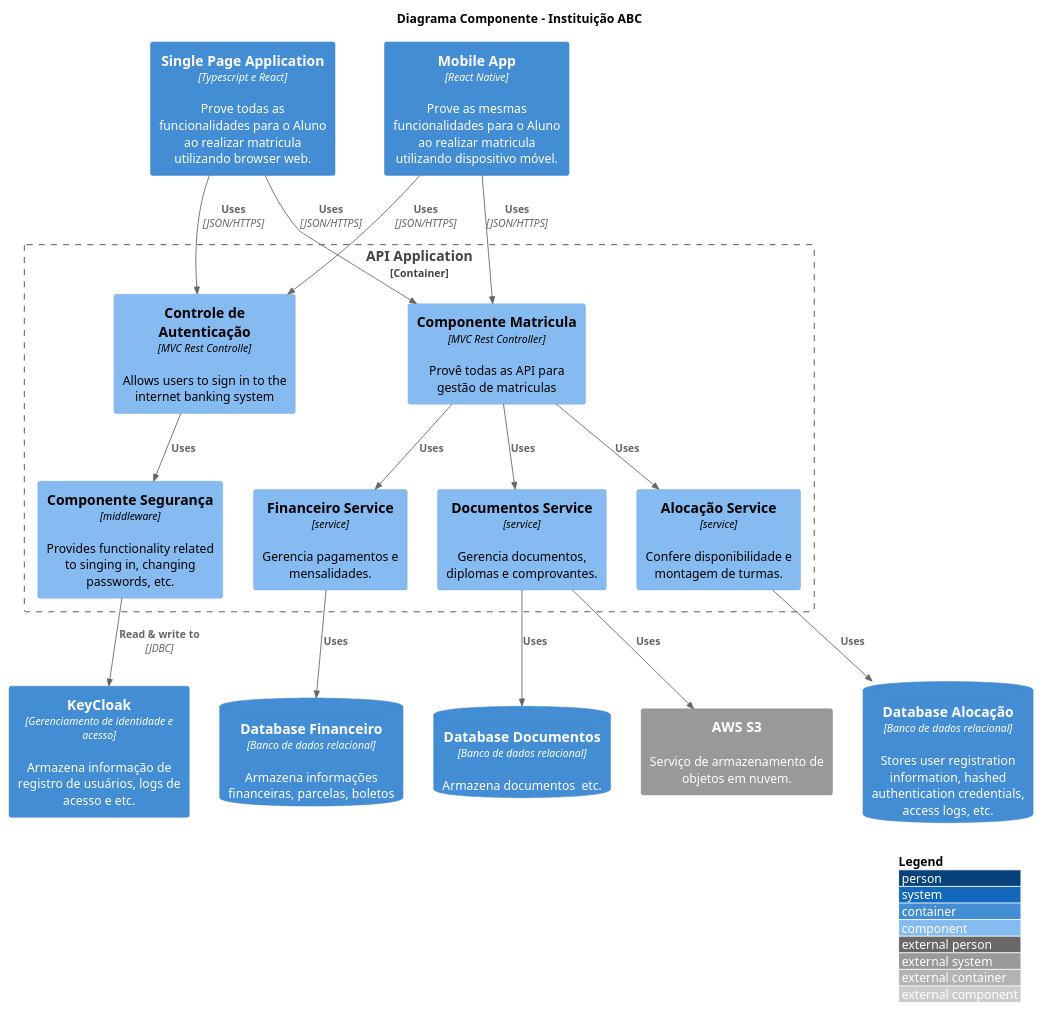
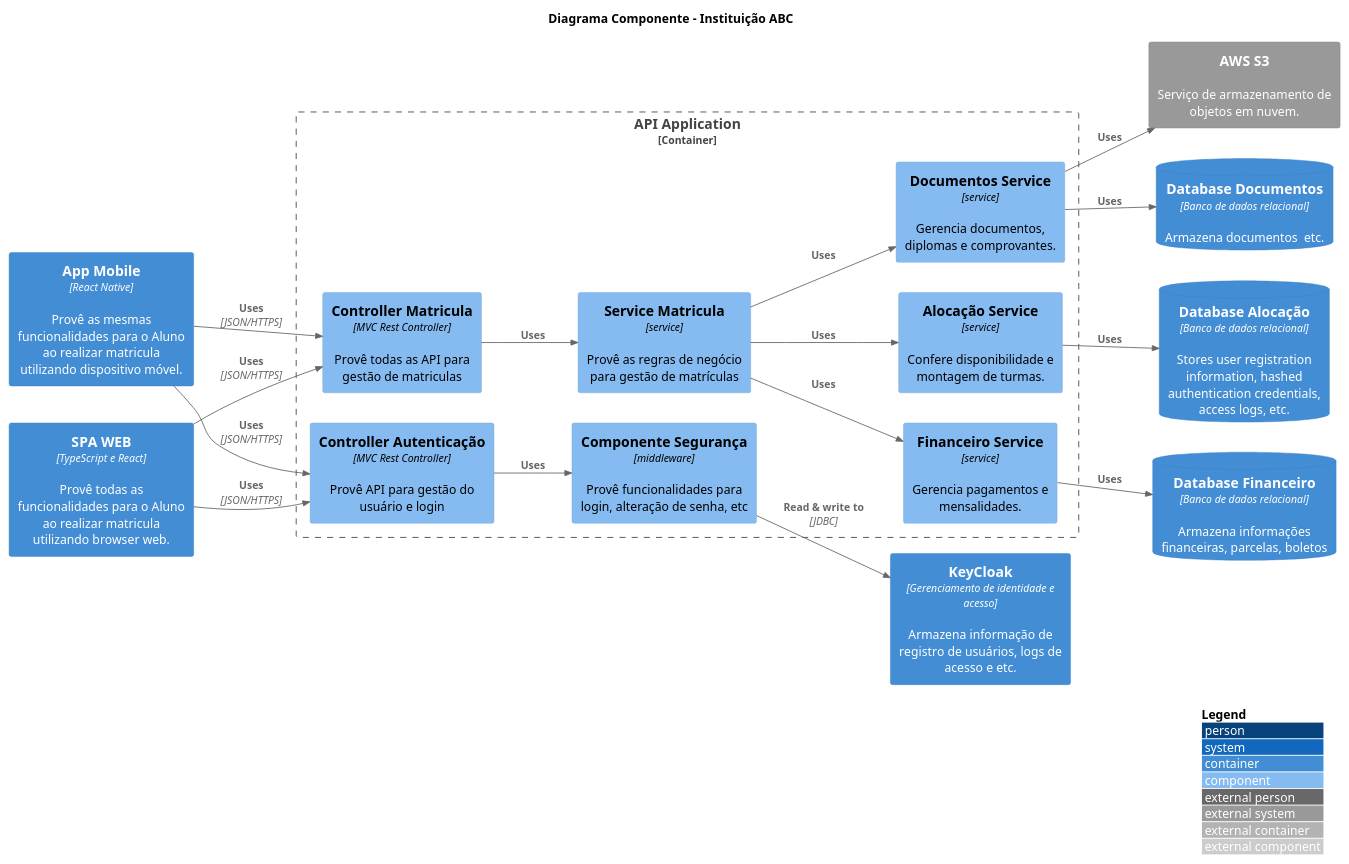
Before and after one commit to PosGraduacaoEquipe7/diagramas-plant-uml: the diagram in c4model/nivel_3_componente_diagrama.puml, drawn with PlantUML. The commit also changed 1 other file, not shown here.

Commit message:
Alterações finais no diagrama C4

```diff
--- a/c4model/nivel_3_componente_diagrama.puml
+++ b/c4model/nivel_3_componente_diagrama.puml
@@ -1,44 +1,47 @@
 @startuml
 '!include https://raw.githubusercontent.com/plantuml-stdlib/C4-PlantUML/master/C4_Component.puml
 ' uncomment the following line and comment the first to use locally
 !include C4_Component.puml
 
+LAYOUT_LEFT_RIGHT()
 LAYOUT_WITH_LEGEND()
 
 title Diagrama Componente - Instituição ABC
 
-Container(spa, "Single Page Application", "Typescript e React", "Prove todas as funcionalidades para o Aluno ao realizar matricula utilizando browser web.")
-Container(ma, "Mobile App", "React Native", "Prove as mesmas funcionalidades para o Aluno ao realizar matricula utilizando dispositivo móvel.")
+Container(ma, "App Mobile", "React Native", "Provê as mesmas funcionalidades para o Aluno ao realizar matricula utilizando dispositivo móvel.")
+Container(spa, "SPA WEB", "TypeScript e React", "Provê todas as funcionalidades para o Aluno ao realizar matricula utilizando browser web.")
 System_Ext(s3, "AWS S3", "Serviço de armazenamento de objetos em nuvem.")
 ContainerDb(dbDoc, "Database Documentos", "Banco de dados relacional", "Armazena documentos  etc.")
 ContainerDb(dbFin, "Database Financeiro ", "Banco de dados relacional", "Armazena informações financeiras, parcelas, boletos")
 ContainerDb(dbAloc, "Database Alocação", "Banco de dados relacional", "Stores user registration information, hashed authentication credentials, access logs, etc.")
 
 Container(keycloak, "KeyCloak", "Gerenciamento de identidade e acesso", "Armazena informação de registro de usuários, logs de acesso e etc.")
 
 Container_Boundary(api, "API Application") {
-    Component(sign, "Controle de Autenticação", "MVC Rest Controlle", "Allows users to sign in to the internet banking system")
-    Component(matricula, "Componente Matricula", "MVC Rest Controller", "Provê todas as API para gestão de matriculas")
-    Component(security, "Componente Segurança", "middleware", "Provides functionality related to singing in, changing passwords, etc.")
+    Component(sign, "Controller Autenticação", "MVC Rest Controller", "Provê API para gestão do usuário e login")
+    Component(security, "Componente Segurança", "middleware", "Provê funcionalidades para login, alteração de senha, etc")
+    Component(cmatricula, "Controller Matricula", "MVC Rest Controller", "Provê todas as API para gestão de matriculas")
+    Component(matricula, "Service Matricula", "service", "Provê as regras de negócio para gestão de matrículas")
     Component(docsService, "Documentos Service", "service", "Gerencia documentos, diplomas e comprovantes.")
     Component(alocacaoService, "Alocação Service", "service", "Confere disponibilidade e montagem de turmas.")
     Component(financeiroService, "Financeiro Service", "service", "Gerencia pagamentos e mensalidades.")
 
     Rel(sign, security, "Uses")
     Rel(security, keycloak, "Read & write to", "JDBC")
+    Rel(cmatricula, matricula, "Uses")
     Rel(matricula, financeiroService, "Uses")
     Rel(matricula, docsService, "Uses")
     Rel(matricula, alocacaoService, "Uses")
 }
 
 Rel(spa, sign, "Uses", "JSON/HTTPS")
-Rel(spa, matricula, "Uses", "JSON/HTTPS")
+Rel(ma, sign, "Uses", "JSON/HTTPS")
+Rel(spa, cmatricula, "Uses", "JSON/HTTPS")
 
-Rel(ma, sign, "Uses", "JSON/HTTPS")
-Rel(ma, matricula, "Uses", "JSON/HTTPS")
+Rel(ma, cmatricula, "Uses", "JSON/HTTPS")
 
 Rel(financeiroService, dbFin, "Uses")
 Rel(docsService, dbDoc, "Uses")
 Rel(docsService, s3, "Uses")
 Rel(alocacaoService, dbAloc, "Uses")
 @enduml
```
